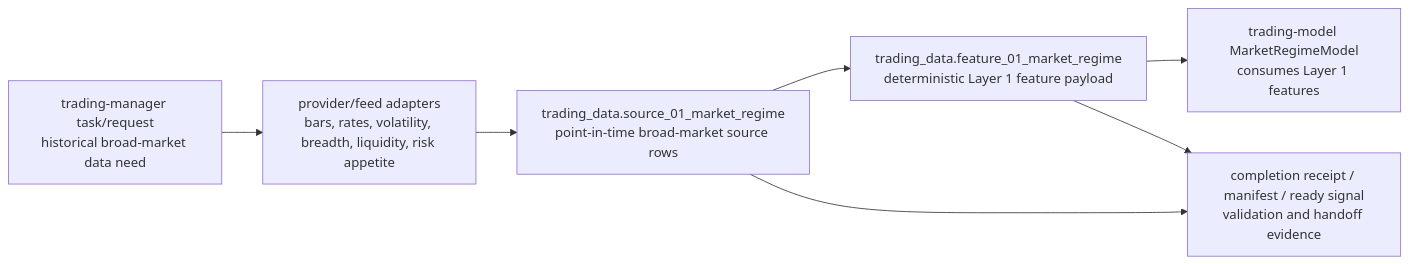
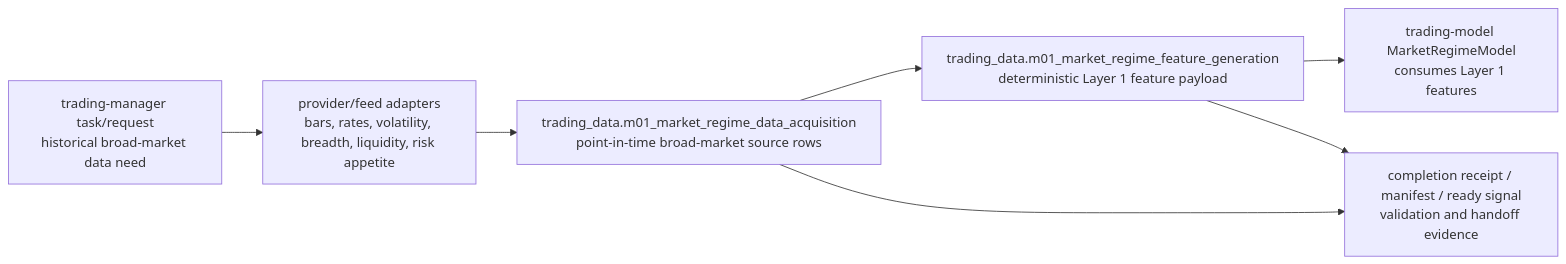
One commit to gilmore307/trading-data changed the diagram in docs/10_layer_01_market_regime.md. Above: the diagram before and after it, drawn with Mermaid. The commit also changed other lines of this file and 45 other files, not shown here.

Commit message:
Use current layer data package names

````diff
--- a/docs/10_layer_01_market_regime.md
+++ b/docs/10_layer_01_market_regime.md
@@ -47,13 +47,13 @@
 ```mermaid
 flowchart LR
     request["trading-manager task/request<br/>historical broad-market data need"]
     feeds["provider/feed adapters<br/>bars, rates, volatility, breadth, liquidity, risk appetite"]
-    source["trading_data.source_01_market_regime<br/>point-in-time broad-market source rows"]
-    feature["trading_data.feature_01_market_regime<br/>deterministic Layer 1 feature payload"]
+    source["trading_data.m01_market_regime_data_acquisition<br/>point-in-time broad-market source rows"]
+    feature["trading_data.m01_market_regime_feature_generation<br/>deterministic Layer 1 feature payload"]
     model["trading-model MarketRegimeModel<br/>consumes Layer 1 features"]
     receipt["completion receipt / manifest / ready signal<br/>validation and handoff evidence"]
 
     request --> feeds --> source --> feature --> model
     source --> receipt
     feature --> receipt
 ```
````
